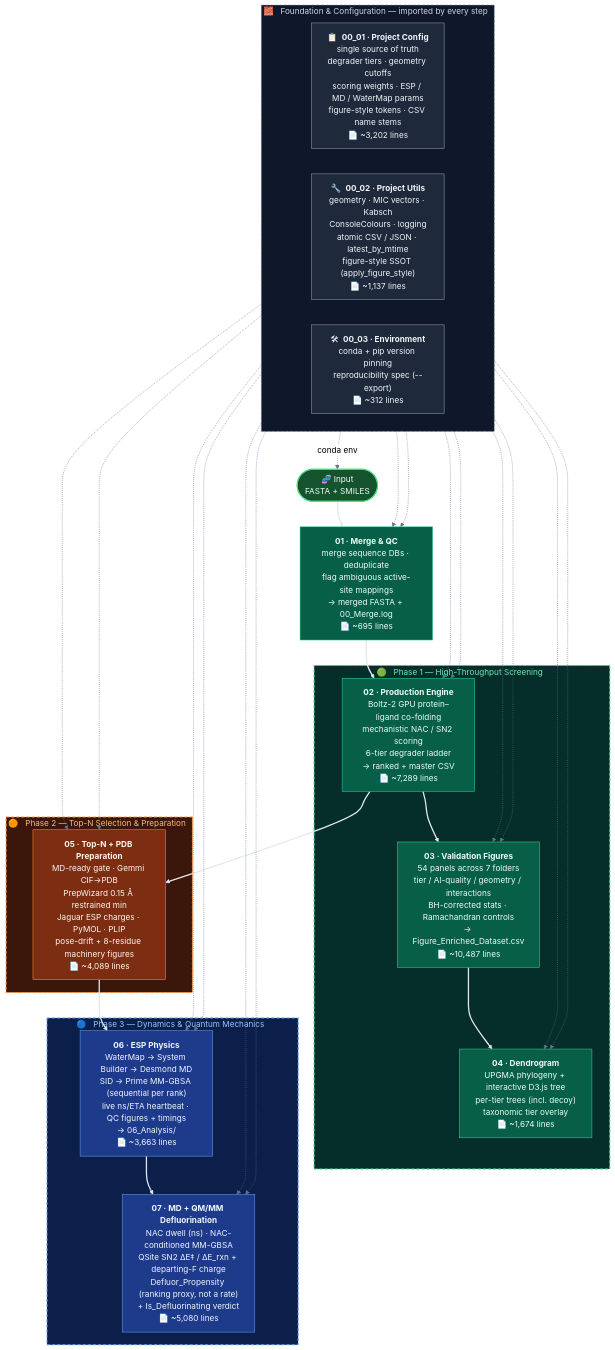
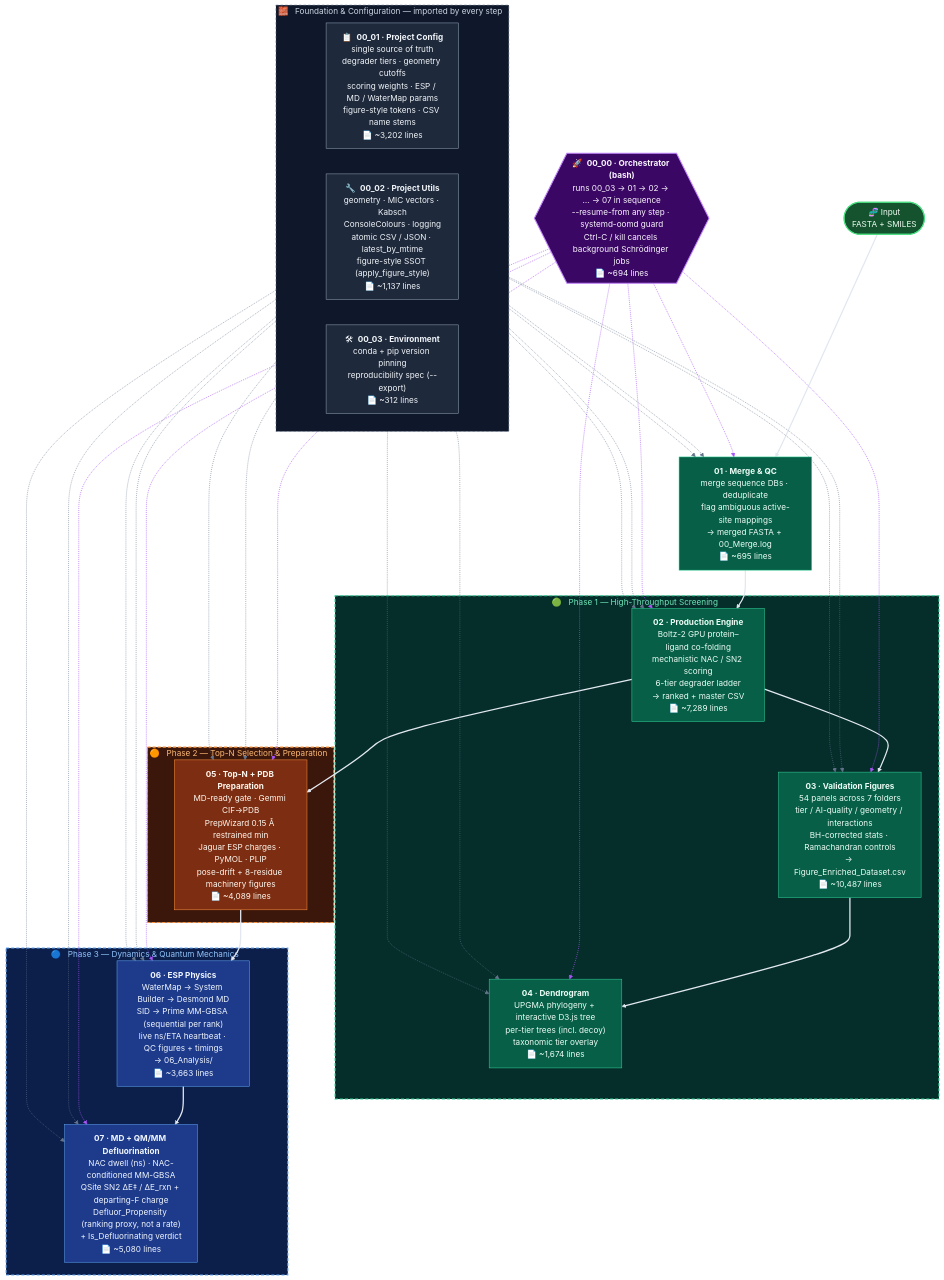
Before and after one commit to KU-MGB/DeFluorX: the diagram in README.md, drawn with Mermaid (neutral theme). The commit also changed other lines of this file, not shown here.

First line of the commit message:
docs: fold long deep-dives into collapsibles, dedupe 05 catalogue, fix Schrödinger scope + foundation ordering

````diff
--- a/README.md
+++ b/README.md
@@ -190,58 +195,64 @@
 ```mermaid
 flowchart TD
+    ORCH{{"🚀 &nbsp;<b>00_00 · Orchestrator (bash)</b><br/>runs 00_03 → 01 → 02 → … → 07 in sequence<br/>--resume-from any step · systemd-oomd guard<br/>Ctrl-C / kill cancels background Schrödinger jobs<br/>📄 ~694 lines"}}:::orch
     START(["🧬 Input<br/>FASTA + SMILES"]):::io
 
     subgraph FOUNDATION["🧱 &nbsp; Foundation &amp; Configuration — imported by every step &nbsp;"]
         direction LR
         CFG["📋 &nbsp;<b>00_01 · Project Config</b><br/>single source of truth<br/>degrader tiers · geometry cutoffs<br/>scoring weights · ESP / MD / WaterMap params<br/>figure-style tokens · CSV name stems<br/>📄 ~3,202 lines"]:::found
         UTL["🔧 &nbsp;<b>00_02 · Project Utils</b><br/>geometry · MIC vectors · Kabsch<br/>ConsoleColours · logging<br/>atomic CSV / JSON · latest_by_mtime<br/>figure-style SSOT (apply_figure_style)<br/>📄 ~1,137 lines"]:::found
         ENV["🛠 &nbsp;<b>00_03 · Environment</b><br/>conda + pip version pinning<br/>reproducibility spec (--export)<br/>📄 ~312 lines"]:::found
     end
 
     M1["<b>01 · Merge &amp; QC</b><br/>merge sequence DBs · deduplicate<br/>flag ambiguous active-site mappings<br/>→ merged FASTA + 00_Merge.log<br/>📄 ~695 lines"]:::hts
 
     subgraph PHASE1["🟢 &nbsp; Phase 1 — High-Throughput Screening &nbsp;"]
         M2["<b>02 · Production Engine</b><br/>Boltz-2 GPU protein–ligand co-folding<br/>mechanistic NAC / SN2 scoring<br/>6-tier degrader ladder<br/>→ ranked + master CSV<br/>📄 ~7,289 lines"]:::hts
         M3["<b>03 · Validation Figures</b><br/>54 panels across 7 folders<br/>tier / AI-quality / geometry / interactions<br/>BH-corrected stats · Ramachandran controls<br/>→ Figure_Enriched_Dataset.csv<br/>📄 ~10,487 lines"]:::hts
         M4["<b>04 · Dendrogram</b><br/>UPGMA phylogeny + interactive D3.js tree<br/>per-tier trees (incl. decoy)<br/>taxonomic tier overlay<br/>📄 ~1,674 lines"]:::hts
         M2 --> M3
         M3 --> M4
     end
 
     subgraph PHASE2["🟠 &nbsp; Phase 2 — Top-N Selection &amp; Preparation &nbsp;"]
         M5["<b>05 · Top-N + PDB Preparation</b><br/>MD-ready gate · Gemmi CIF→PDB<br/>PrepWizard 0.15 Å restrained min<br/>Jaguar ESP charges · PyMOL · PLIP<br/>pose-drift + 8-residue machinery figures<br/>📄 ~4,089 lines"]:::prep
     end
 
     subgraph PHASE3["🔵 &nbsp; Phase 3 — Dynamics &amp; Quantum Mechanics &nbsp;"]
         M6["<b>06 · ESP Physics</b><br/>WaterMap → System Builder → Desmond MD<br/>SID → Prime MM-GBSA (sequential per rank)<br/>live ns/ETA heartbeat · QC figures + timings<br/>→ 06_Analysis/<br/>📄 ~3,663 lines"]:::dyn
         M7["<b>07 · MD + QM/MM Defluorination</b><br/>NAC dwell (ns) · NAC-conditioned MM-GBSA<br/>QSite SN2 ΔE‡ / ΔE_rxn + departing-F charge<br/>Defluor_Propensity (ranking proxy, not a rate)<br/>+ Is_Defluorinating verdict<br/>📄 ~5,080 lines"]:::dyn
         M6 --> M7
     end
 
     %% ── data flow (solid) ──
     START --> M1
     M1 --> M2
     M2 --> M5
     M5 --> M6
 
-    %% ── shared foundation: 00_01 CFG + 00_02 utils are imported by EVERY step; 00_03 pins the runtime ──
+    %% ── shared foundation: 00_01 CFG + 00_02 utils are imported by EVERY step; 00_03 is the standalone env spec ──
     CFG -.-> M1 & M2 & M3 & M4 & M5 & M6 & M7
     UTL -.-> M1 & M2 & M3 & M4 & M5 & M6 & M7
-    ENV -.->|conda env| START
+
+    %% ── 00_00 orchestrates: runs each step 01–07 in sequence (own run per step, resume-aware) ──
+    ORCH -.-> M1 & M2 & M3 & M4 & M5 & M6 & M7
 
     classDef io    fill:#14532d,stroke:#4ade80,color:#f0fdf4,stroke-width:2px
+    classDef orch  fill:#3b0764,stroke:#c084fc,color:#faf5ff,stroke-width:2px
     classDef found fill:#1e293b,stroke:#94a3b8,color:#f1f5f9
     classDef hts   fill:#065f46,stroke:#34d399,color:#ecfdf5
     classDef prep  fill:#7c2d12,stroke:#fb923c,color:#fff7ed
     classDef dyn   fill:#1e3a8a,stroke:#60a5fa,color:#eff6ff
 
     style FOUNDATION fill:#0f172a,stroke:#64748b,color:#cbd5e1,stroke-width:1px,stroke-dasharray:5 4
     style PHASE1 fill:#052e2b,stroke:#34d399,color:#6ee7b7,stroke-width:2px,stroke-dasharray:6 4
     style PHASE2 fill:#3b160a,stroke:#fb923c,color:#fdba74,stroke-width:2px,stroke-dasharray:6 4
     style PHASE3 fill:#0c1f4a,stroke:#60a5fa,color:#93c5fd,stroke-width:2px,stroke-dasharray:6 4
 
     %% edges 0–6 = data flow (declared inside subgraphs first: M2→M3, M3→M4, M6→M7, then START→M1, M1→M2, M2→M5, M5→M6)
     linkStyle 0,1,2,3,4,5,6 stroke:#e2e8f0,stroke-width:2.5px
-    %% edges 7–21 = the 15 dotted foundation-import links (CFG×7, UTL×7, ENV×1)
-    linkStyle 7,8,9,10,11,12,13,14,15,16,17,18,19,20,21 stroke:#64748b,stroke-width:1px
+    %% edges 7–20 = the 14 grey foundation-import links (CFG×7, UTL×7)
+    linkStyle 7,8,9,10,11,12,13,14,15,16,17,18,19,20 stroke:#64748b,stroke-width:1px
+    %% edges 21–27 = the 7 violet 00_00-orchestration ("runs") links
+    linkStyle 21,22,23,24,25,26,27 stroke:#a855f7,stroke-width:1.2px
 ```
````
